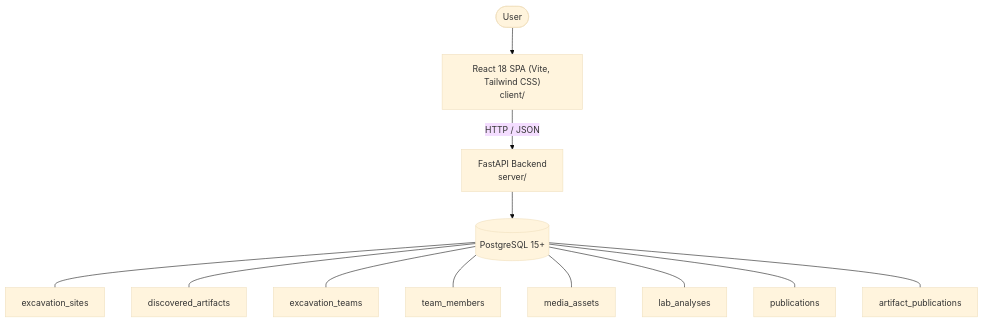
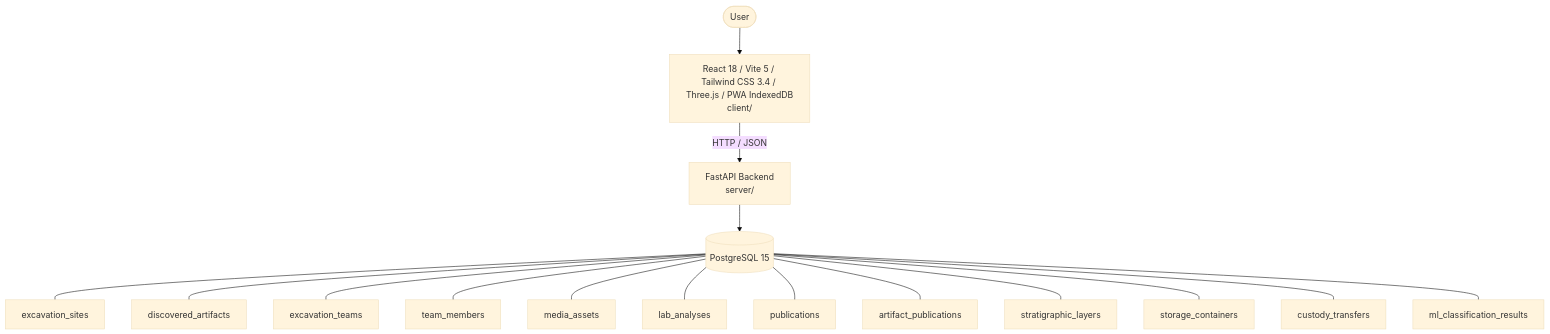
One commit to p67428378-afk/test2 changed the diagram in architecture.md. Above: the diagram before and after it, drawn with Mermaid (base theme). The commit also changed other lines of this file and 76 other files, not shown here.

Commit message:
feat(SCRUM-211): implement backend services for 3D stratigraphy, offline sync, QR custody, and ML classification

````diff
--- a/architecture.md
+++ b/architecture.md
@@ -6,18 +6,22 @@
 ```mermaid
 graph TD
   User([User])
-  UI["React 18 SPA (Vite, Tailwind CSS)<br/>client/"]
+  UI["React 18 / Vite 5 / Tailwind CSS 3.4 / Three.js / PWA IndexedDB<br/>client/"]
   API["FastAPI Backend<br/>server/"]
-  DB[("PostgreSQL 15+")]
+  DB[("PostgreSQL 15")]
   User --> UI
   UI -->|HTTP / JSON| API
   API --> DB
   DB --- tbl_excavation_sites["excavation_sites"]
   DB --- tbl_discovered_artifacts["discovered_artifacts"]
   DB --- tbl_excavation_teams["excavation_teams"]
   DB --- tbl_team_members["team_members"]
   DB --- tbl_media_assets["media_assets"]
   DB --- tbl_lab_analyses["lab_analyses"]
   DB --- tbl_publications["publications"]
   DB --- tbl_artifact_publications["artifact_publications"]
+  DB --- tbl_stratigraphic_layers["stratigraphic_layers"]
+  DB --- tbl_storage_containers["storage_containers"]
+  DB --- tbl_custody_transfers["custody_transfers"]
+  DB --- tbl_ml_classification_results["ml_classification_results"]
 ```
````
